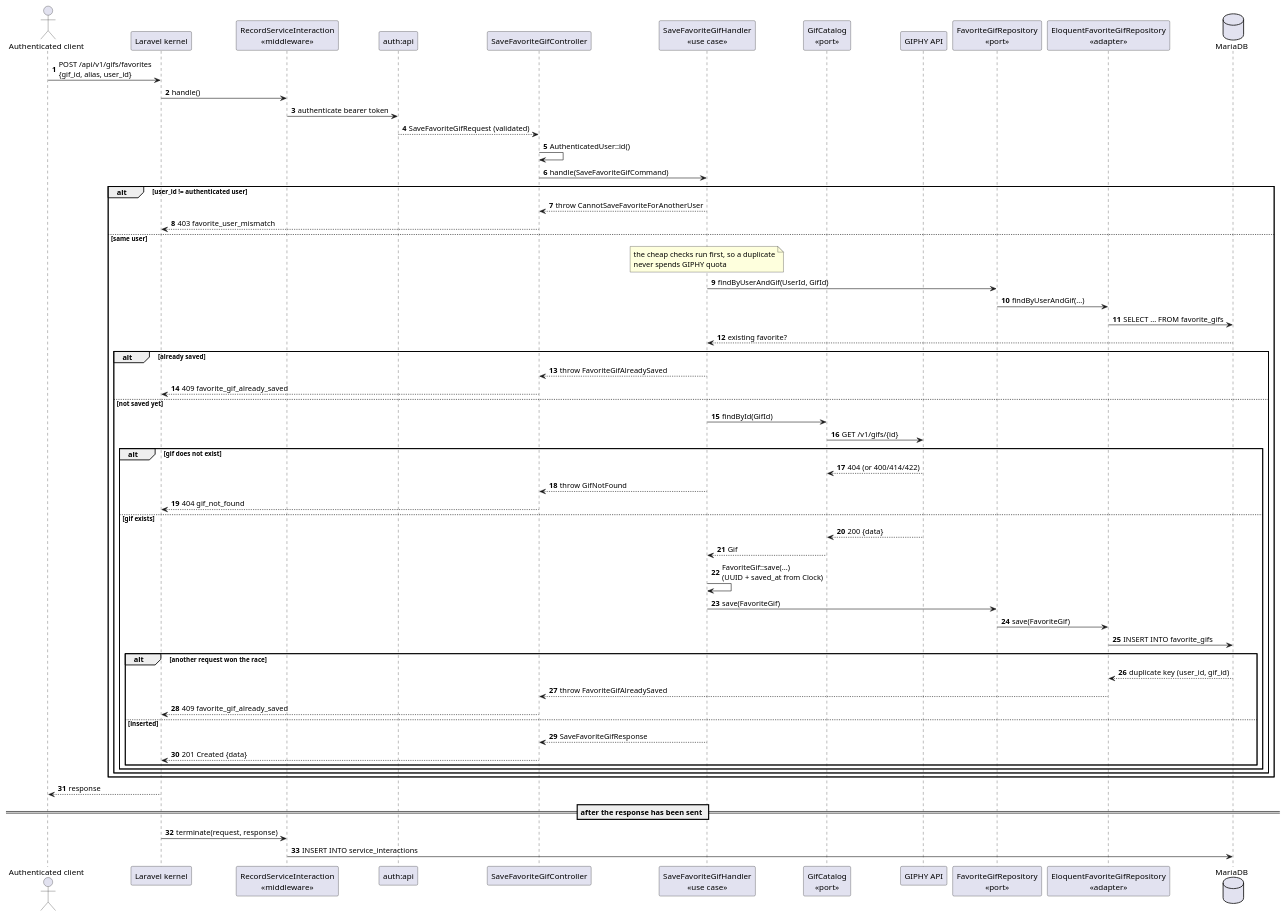
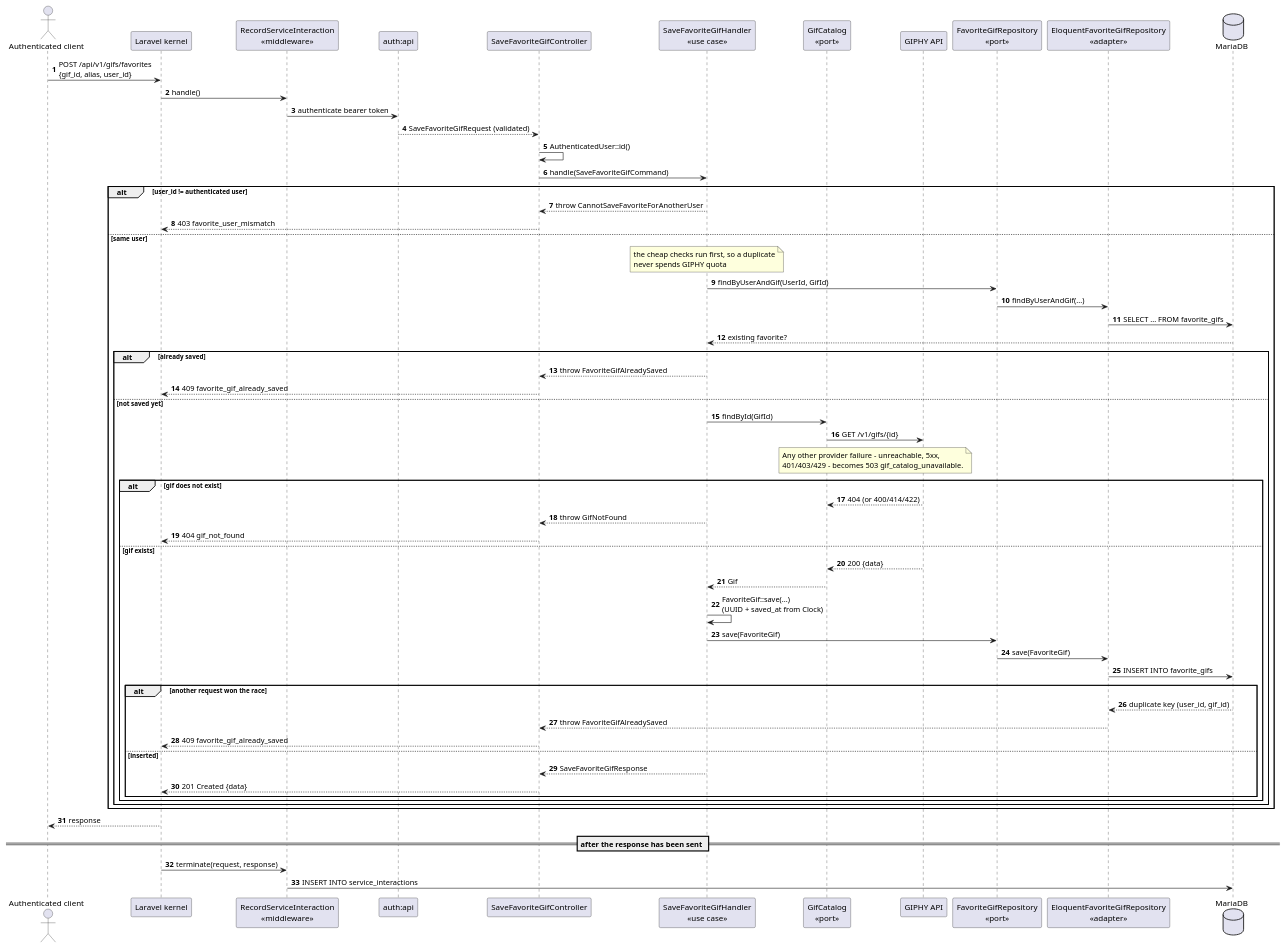
Before and after one commit to alexisrivero/challenge-prex: the diagram in docs/diagrams/sequence-save-favorite-gif.puml, drawn with PlantUML. The commit also changed 11 other files, not shown here.

```diff
--- a/docs/diagrams/sequence-save-favorite-gif.puml
+++ b/docs/diagrams/sequence-save-favorite-gif.puml
@@ -1,69 +1,73 @@
 @startuml sequence-save-favorite-gif
 ' ---------------------------------------------------------------------------
 ' UC4 - Save favorite GIF (POST /api/v1/gifs/favorites)
 ' ---------------------------------------------------------------------------
 skinparam shadowing false
 autonumber
 
 actor "Authenticated client" as Client
 participant "Laravel kernel" as Kernel
 participant "RecordServiceInteraction\n<<middleware>>" as Audit
 participant "auth:api" as Guard
 participant "SaveFavoriteGifController" as Controller
 participant "SaveFavoriteGifHandler\n<<use case>>" as Handler
 participant "GifCatalog\n<<port>>" as Catalog
 participant "GIPHY API" as Giphy
 participant "FavoriteGifRepository\n<<port>>" as Repo
 participant "EloquentFavoriteGifRepository\n<<adapter>>" as Adapter
 database "MariaDB" as DB
 
 Client -> Kernel : POST /api/v1/gifs/favorites\n{gif_id, alias, user_id}
 Kernel -> Audit : handle()
 Audit -> Guard : authenticate bearer token
 Guard --> Controller : SaveFavoriteGifRequest (validated)
 Controller -> Controller : AuthenticatedUser::id()
 Controller -> Handler : handle(SaveFavoriteGifCommand)
 
 alt user_id != authenticated user
   Handler --> Controller : throw CannotSaveFavoriteForAnotherUser
   Controller --> Kernel : 403 favorite_user_mismatch
 else same user
   note over Handler : the cheap checks run first, so a duplicate\nnever spends GIPHY quota
   Handler -> Repo : findByUserAndGif(UserId, GifId)
   Repo -> Adapter : findByUserAndGif(...)
   Adapter -> DB : SELECT ... FROM favorite_gifs
   DB --> Handler : existing favorite?
   alt already saved
     Handler --> Controller : throw FavoriteGifAlreadySaved
     Controller --> Kernel : 409 favorite_gif_already_saved
   else not saved yet
     Handler -> Catalog : findById(GifId)
     Catalog -> Giphy : GET /v1/gifs/{id}
+    note over Catalog, Giphy
+      Any other provider failure - unreachable, 5xx,
+      401/403/429 - becomes 503 gif_catalog_unavailable.
+    end note
     alt gif does not exist
       Giphy --> Catalog : 404 (or 400/414/422)
       Handler --> Controller : throw GifNotFound
       Controller --> Kernel : 404 gif_not_found
     else gif exists
       Giphy --> Catalog : 200 {data}
       Catalog --> Handler : Gif
       Handler -> Handler : FavoriteGif::save(...)\n(UUID + saved_at from Clock)
       Handler -> Repo : save(FavoriteGif)
       Repo -> Adapter : save(FavoriteGif)
       Adapter -> DB : INSERT INTO favorite_gifs
       alt another request won the race
         DB --> Adapter : duplicate key (user_id, gif_id)
         Adapter --> Controller : throw FavoriteGifAlreadySaved
         Controller --> Kernel : 409 favorite_gif_already_saved
       else inserted
         Handler --> Controller : SaveFavoriteGifResponse
         Controller --> Kernel : 201 Created {data}
       end
     end
   end
 end
 Kernel --> Client : response
 
 == after the response has been sent ==
 Kernel -> Audit : terminate(request, response)
 Audit -> DB : INSERT INTO service_interactions
 @enduml
```
